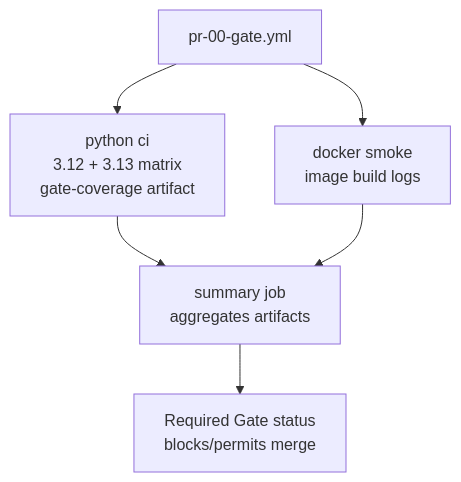
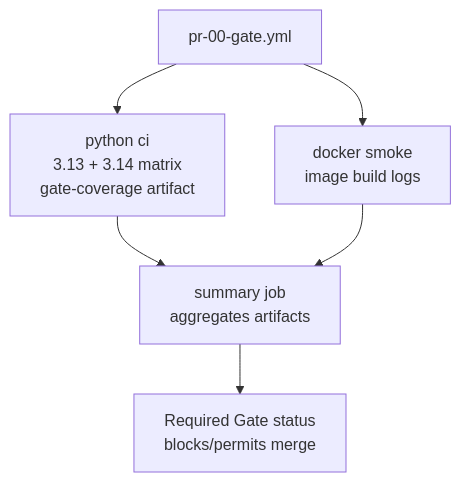
One commit to stranske/Workflows changed the second of 2 diagrams in docs/ci/WORKFLOWS.md. Above: the diagram before and after it, drawn with Mermaid. The commit also changed other lines of this file and 17 other files, not shown here.

Commit message:
ci: unify parallel Python 3.13 and 3.14 test coverage

````diff
--- a/docs/ci/WORKFLOWS.md
+++ b/docs/ci/WORKFLOWS.md
@@ -73,8 +73,8 @@
 ```mermaid
 flowchart TD
-    pr00["pr-00-gate.yml"] --> pythonCi["python ci\n3.12 + 3.13 matrix\n gate-coverage artifact"]
+    pr00["pr-00-gate.yml"] --> pythonCi["python ci\n3.13 + 3.14 matrix\n gate-coverage artifact"]
     pr00 --> dockerSmoke["docker smoke\nimage build logs"]
     pythonCi --> summaryJob["summary job\naggregates artifacts"]
     dockerSmoke --> summaryJob
     summaryJob --> status["Required Gate status\nblocks/permits merge"]
 ```
````
